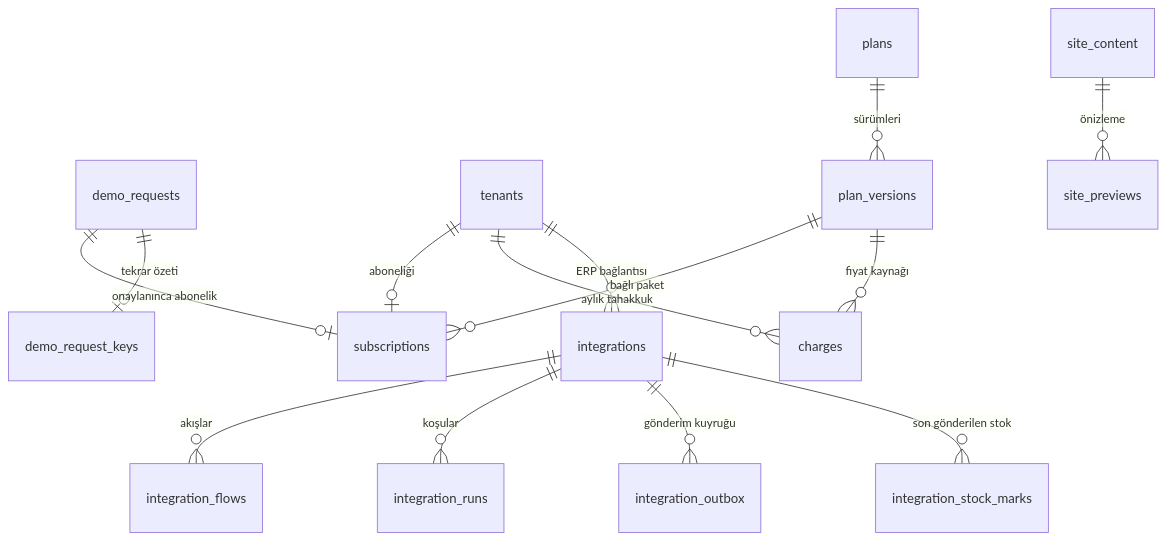
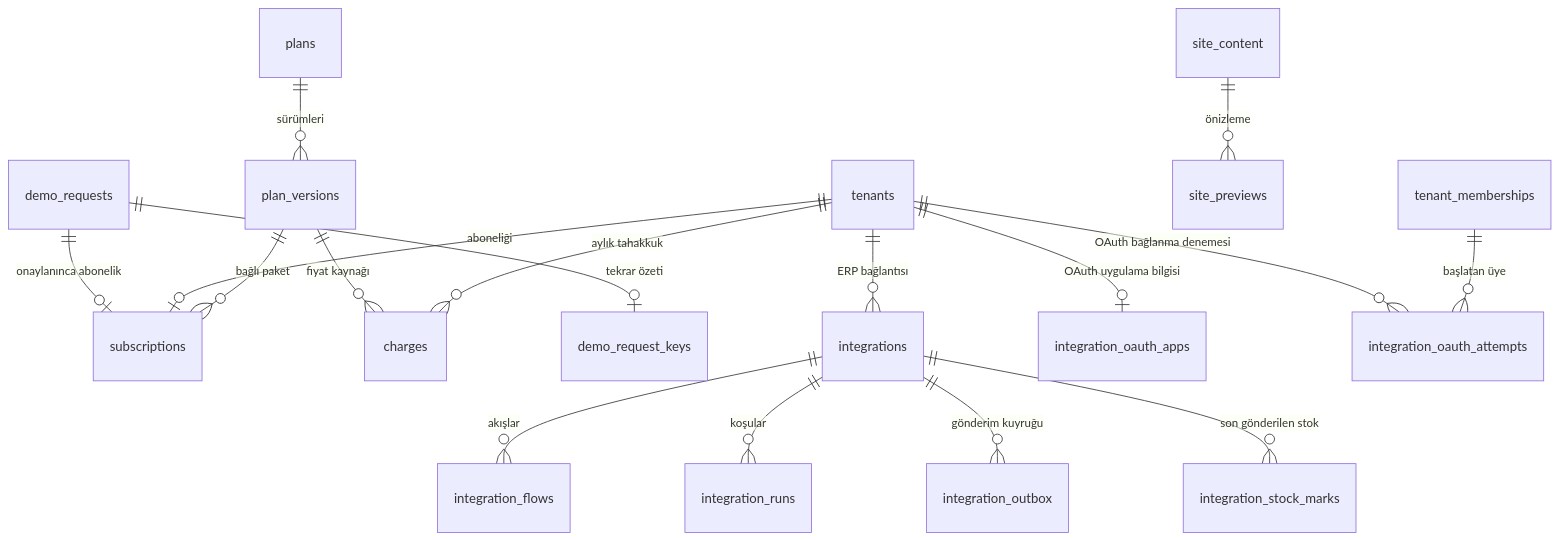
One commit to shosgoren/EtkinWMS changed the third of 6 diagrams in docs/fonksiyonel-mimari/03b-veri-sozlugu-kimlik-platform.md. Above: the diagram before and after it, drawn with Mermaid. The commit also changed other lines of this file and 10 other files, not shown here.

````diff
--- a/docs/fonksiyonel-mimari/03b-veri-sozlugu-kimlik-platform.md
+++ b/docs/fonksiyonel-mimari/03b-veri-sozlugu-kimlik-platform.md
@@ -116,16 +117,19 @@
 ```mermaid
 erDiagram
     demo_requests ||--o| subscriptions : "onaylanınca abonelik"
     tenants ||--o| subscriptions : "aboneliği"
     plans ||--o{ plan_versions : "sürümleri"
     plan_versions ||--o{ subscriptions : "bağlı paket"
     plan_versions ||--o{ charges : "fiyat kaynağı"
     tenants ||--o{ charges : "aylık tahakkuk"
     site_content ||--o{ site_previews : "önizleme"
     demo_requests ||--o| demo_request_keys : "tekrar özeti"
     tenants ||--o{ integrations : "ERP bağlantısı"
     integrations ||--o{ integration_flows : "akışlar"
     integrations ||--o{ integration_runs : "koşular"
     integrations ||--o{ integration_outbox : "gönderim kuyruğu"
     integrations ||--o{ integration_stock_marks : "son gönderilen stok"
+    tenants ||--o| integration_oauth_apps : "OAuth uygulama bilgisi"
+    tenants ||--o{ integration_oauth_attempts : "OAuth bağlanma denemesi"
+    tenant_memberships ||--o{ integration_oauth_attempts : "başlatan üye"
 ```
````
